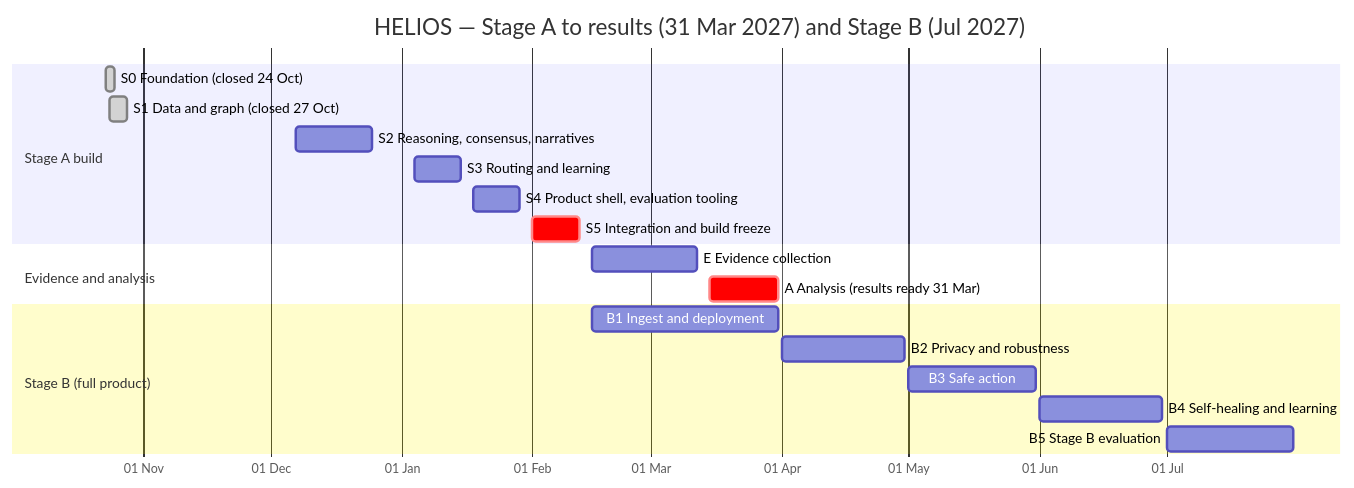
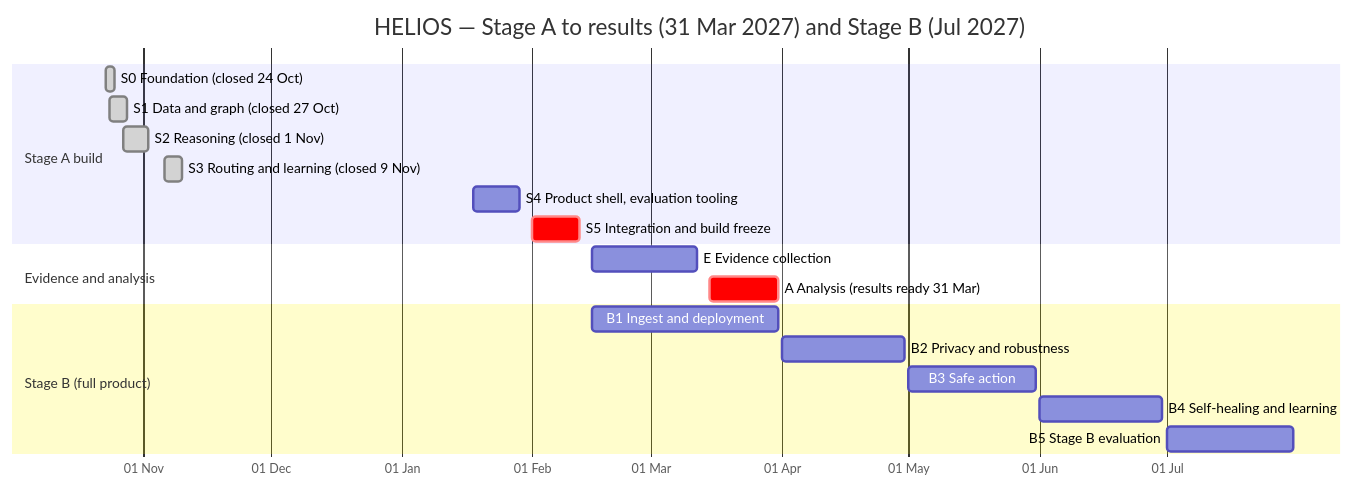
Before and after one commit to akshayadik/helios-mvp: the first of 2 diagrams in docs/tracking/dashboard.md, drawn with Mermaid. The commit also changed other lines of this file and 6 other files, not shown here.

````diff
--- a/docs/tracking/dashboard.md
+++ b/docs/tracking/dashboard.md
@@ -11,25 +11,25 @@
 ```mermaid
 gantt
     title HELIOS — Stage A to results (31 Mar 2027) and Stage B (Jul 2027)
     dateFormat YYYY-MM-DD
     axisFormat %d %b
 
     section Stage A build
     S0 Foundation (closed 24 Oct)        :done, s0, 2026-10-23, 2d
     S1 Data and graph (closed 27 Oct)    :done, s1, 2026-10-24, 4d
-    S2 Reasoning, consensus, narratives  :s2, 2026-12-07, 2026-12-25
-    S3 Routing and learning              :s3, 2027-01-04, 2027-01-15
+    S2 Reasoning (closed 1 Nov)          :done, s2, 2026-10-27, 6d
+    S3 Routing and learning (closed 9 Nov) :done, s3, 2026-11-06, 4d
     S4 Product shell, evaluation tooling :s4, 2027-01-18, 2027-01-29
     S5 Integration and build freeze      :crit, s5, 2027-02-01, 2027-02-12
 
     section Evidence and analysis
     E Evidence collection                :e, 2027-02-15, 2027-03-12
     A Analysis (results ready 31 Mar)    :crit, a, 2027-03-15, 2027-03-31
 
     section Stage B (full product)
     B1 Ingest and deployment             :b1, 2027-02-15, 2027-03-31
     B2 Privacy and robustness            :b2, 2027-04-01, 2027-04-30
     B3 Safe action                       :b3, 2027-05-01, 2027-05-31
     B4 Self-healing and learning         :b4, 2027-06-01, 2027-06-30
     B5 Stage B evaluation                :b5, 2027-07-01, 2027-07-31
 ```
````
